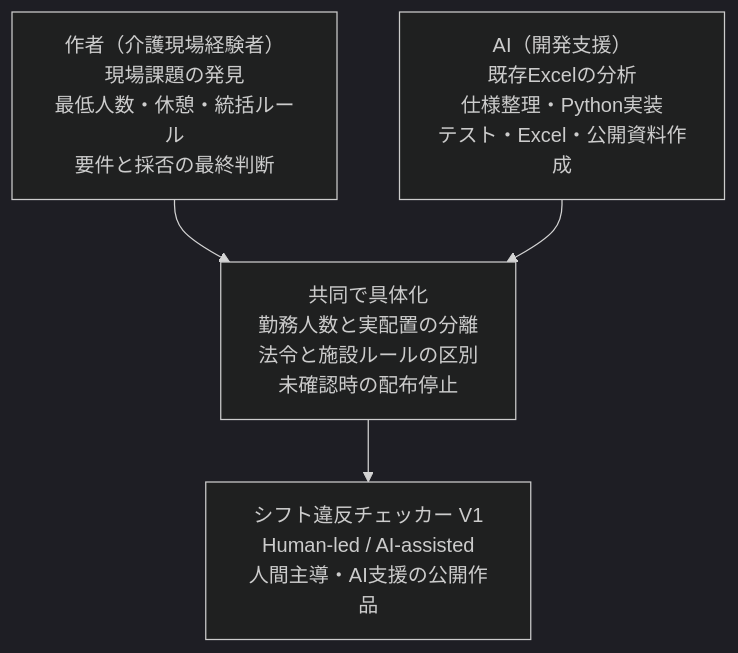
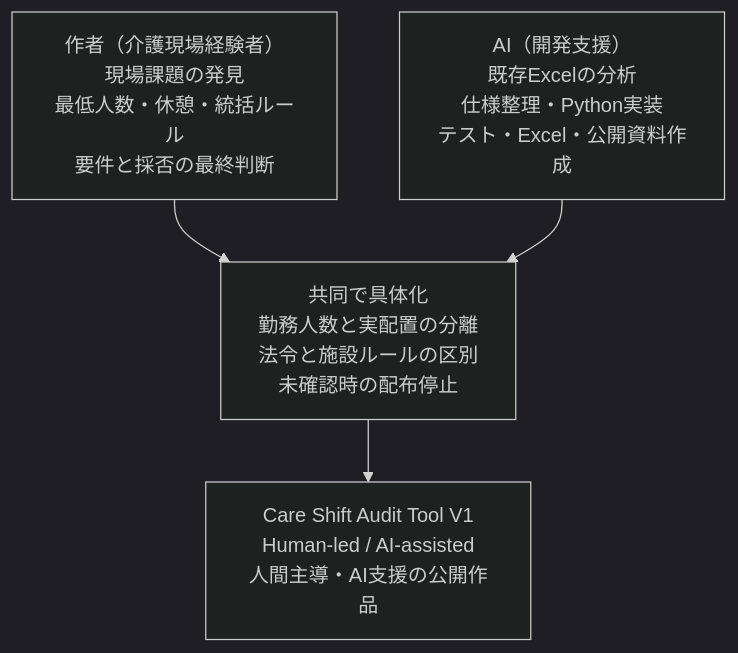
Before and after one commit to ruru105/care-shift-audit-tool: the diagram in README.md, drawn with Mermaid (dark theme). The commit also changed other lines of this file and 3 other files, not shown here.

````diff
--- a/README.md
+++ b/README.md
@@ -70,11 +68,11 @@
 ```mermaid
 flowchart TB
     H["作者（介護現場経験者）<br/>現場課題の発見<br/>最低人数・休憩・統括ルール<br/>要件と採否の最終判断"]
     A["AI（開発支援）<br/>既存Excelの分析<br/>仕様整理・Python実装<br/>テスト・Excel・公開資料作成"]
     C["共同で具体化<br/>勤務人数と実配置の分離<br/>法令と施設ルールの区別<br/>未確認時の配布停止"]
-    V["シフト違反チェッカー V1<br/>Human-led / AI-assisted<br/>人間主導・AI支援の公開作品"]
+    V["Care Shift Audit Tool V1<br/>Human-led / AI-assisted<br/>人間主導・AI支援の公開作品"]
 
     H --> C
     A --> C
     C --> V
 ```
````
